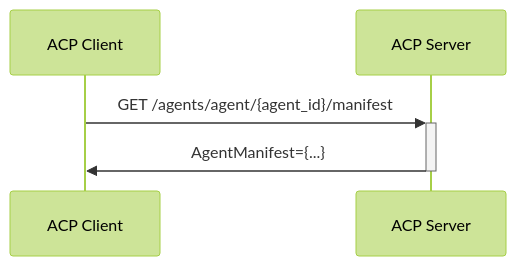
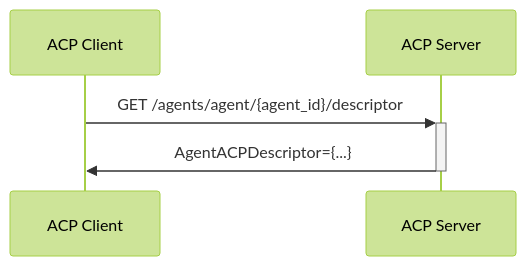
One commit to agntcy/acp-spec changed the third of 9 diagrams in docs/README.md. Above: the diagram before and after it, drawn with Mermaid (forest theme). The commit also changed other lines of this file and 2 other files, not shown here.

First line of the commit message:
Feature/manifest update (#31)

````diff
--- a/docs/README.md
+++ b/docs/README.md
@@ -45,7 +45,7 @@
 ```mermaid
 sequenceDiagram
     participant C as ACP Client
     participant S as ACP Server
-    C->>+S: GET /agents/agent/{agent_id}/manifest
-    S->>-C: AgentManifest={...}
+    C->>+S: GET /agents/agent/{agent_id}/descriptor
+    S->>-C: AgentACPDescriptor={...}
 ```
````
